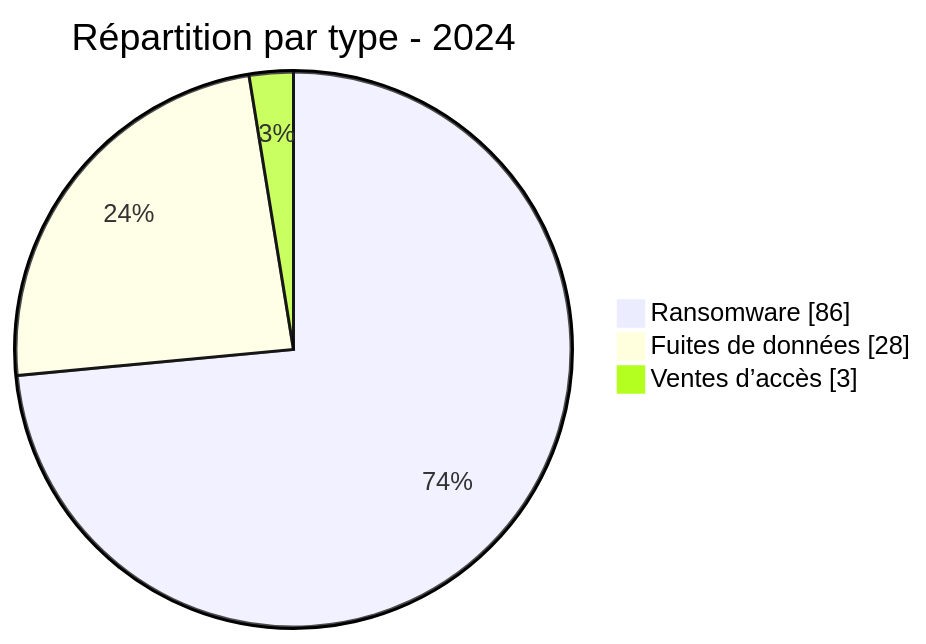
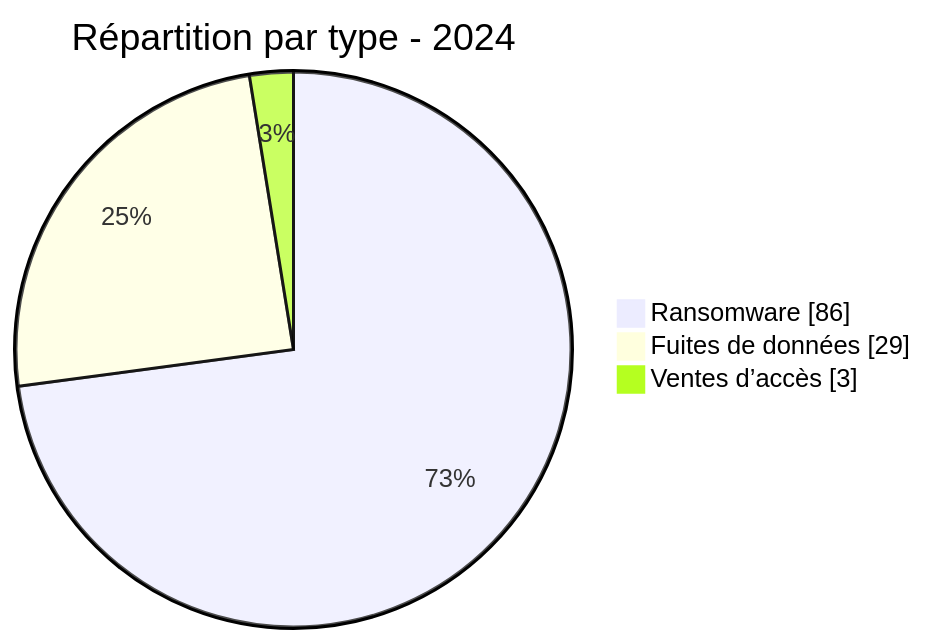
The second of 3 diagrams in CyberAttackAfrica/2024/README_FR.md (Hatchepsoute/AFRINTEL), drawn with Mermaid before and after one commit. The commit also changed other lines of this file and 48 other files, not shown here.

````diff
--- a/CyberAttackAfrica/2024/README_FR.md
+++ b/CyberAttackAfrica/2024/README_FR.md
@@ -66,7 +66,7 @@
 ```mermaid
 pie showData
     title Répartition par type - 2024
     "Ransomware" : 86
-    "Fuites de données" : 28
+    "Fuites de données" : 29
     "Ventes d’accès" : 3
 ```
````
